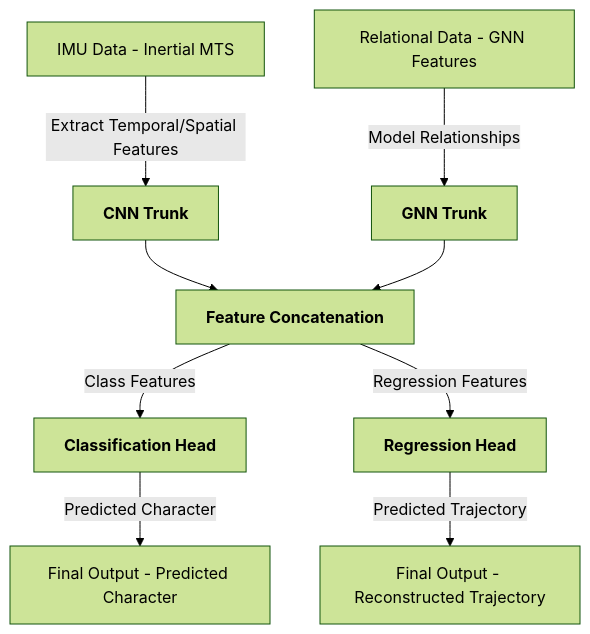
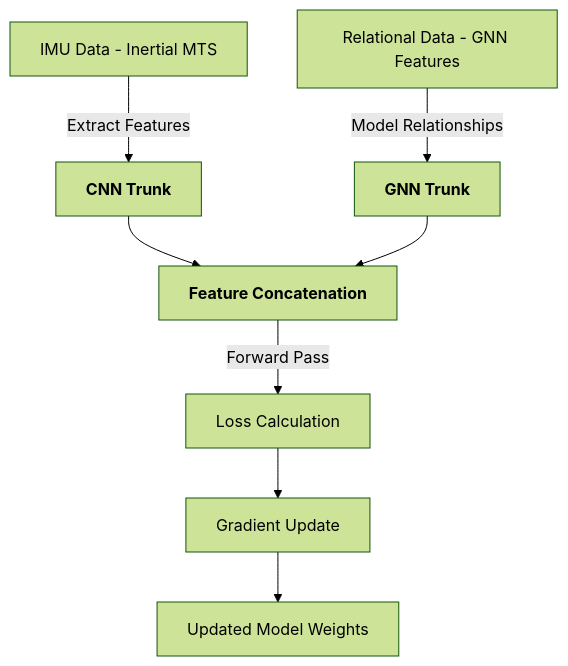
One commit to vahinitech/imu2text changed the first of 3 diagrams in README.md. Above: the diagram before and after it, drawn with Mermaid. The commit also changed other lines of this file, not shown here.

Commit message:
describe architecture

````diff
--- a/README.md
+++ b/README.md
@@ -122,12 +132,11 @@
 ```mermaid
 %%{init: {'theme': 'forest'}}%%
 flowchart TD
-    A[IMU Data - Inertial MTS] -->|Extract Temporal/Spatial Features| B[<b>CNN Trunk</b>]
+    A[IMU Data - Inertial MTS] -->|Extract Features| B[<b>CNN Trunk</b>]
     C[Relational Data - GNN Features] -->|Model Relationships| D[<b>GNN Trunk</b>]
     B --> E[<b>Feature Concatenation</b>]
     D --> E
-    E -->|Class Features| F[<b>Classification Head</b>]
-    E -->|Regression Features| G[<b>Regression Head</b>]
-    F -->|Predicted Character| H[Final Output - Predicted Character]
-    G -->|Predicted Trajectory| I[Final Output - Reconstructed Trajectory]
+    E -->|Forward Pass| F[Loss Calculation]
+    F --> G[Gradient Update]
+    G --> H[Updated Model Weights]
 ```
````
